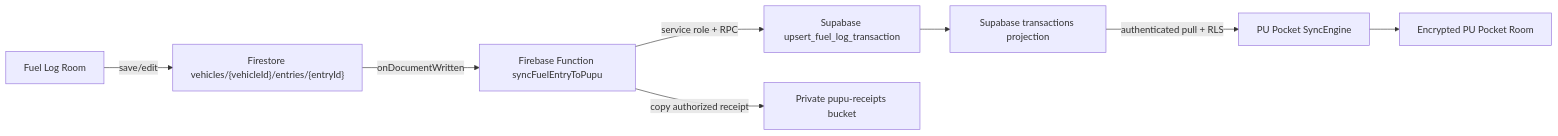
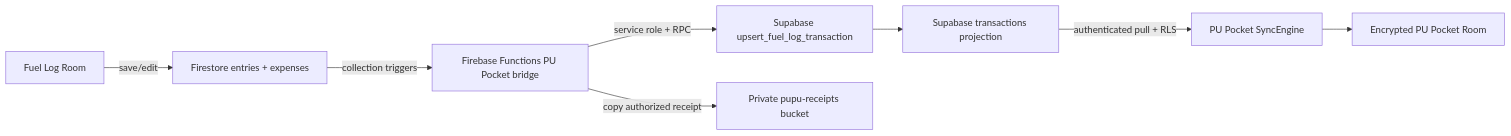
The diagram in ARCHITECTURE.md (songsit2017/Fuel-log), drawn with Mermaid before and after one commit. The commit also changed other lines of this file and 9 other files, not shown here.

Commit message:
Sync Fuel Log vehicle expenses to PU Pocket

````diff
--- a/ARCHITECTURE.md
+++ b/ARCHITECTURE.md
@@ -24,10 +24,10 @@
 ```mermaid
 flowchart LR
-    A["Fuel Log Room"] -->|save/edit| B["Firestore vehicles/{vehicleId}/entries/{entryId}"]
-    B -->|onDocumentWritten| C["Firebase Function syncFuelEntryToPupu"]
+    A["Fuel Log Room"] -->|save/edit| B["Firestore entries + expenses"]
+    B -->|collection triggers| C["Firebase Functions PU Pocket bridge"]
     C -->|service role + RPC| D["Supabase upsert_fuel_log_transaction"]
     C -->|copy authorized receipt| E["Private pupu-receipts bucket"]
     D --> F["Supabase transactions projection"]
     F -->|authenticated pull + RLS| G["PU Pocket SyncEngine"]
     G --> H["Encrypted PU Pocket Room"]
 ```
````
